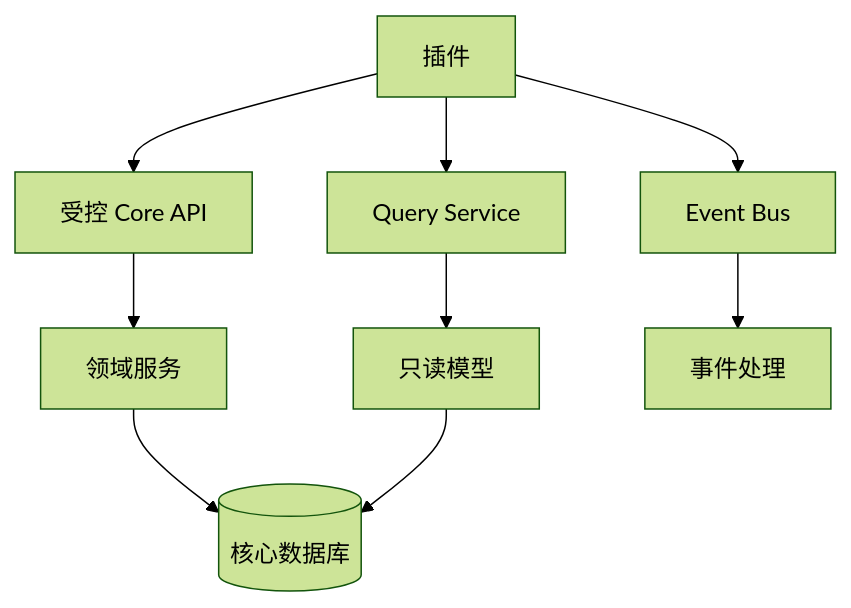
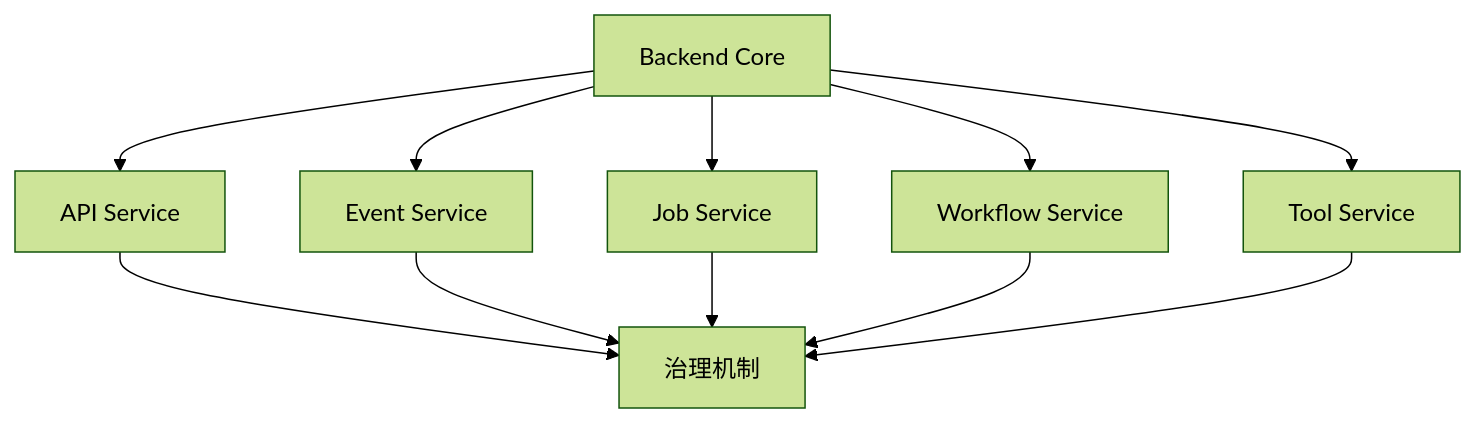
One commit to XiaoYang1127/dev-doc changed the fourth of 5 diagrams in job/mod/backend-plugin-modularization.md. Above: the diagram before and after it, drawn with Mermaid (forest theme). The commit also changed other lines of this file and 5 other files, not shown here.

````diff
--- a/job/mod/backend-plugin-modularization.md
+++ b/job/mod/backend-plugin-modularization.md
@@ -294,13 +178,14 @@
 ```mermaid
 flowchart TB
-    Plugin[插件] --> API[受控 Core API]
-    Plugin --> Query[Query Service]
-    Plugin --> Event[Event Bus]
+    Core[Backend Core] --> API[API Service]
+    Core --> Event[Event Service]
+    Core --> Job[Job Service]
+    Core --> Workflow[Workflow Service]
+    Core --> Tool[Tool Service]
 
-    API --> Domain[领域服务]
-    Query --> ReadModel[只读模型]
-    Event --> Handler[事件处理]
-
-    Domain --> DB[(核心数据库)]
-    ReadModel --> DB
+    API --> Governance[治理机制]
+    Event --> Governance
+    Job --> Governance
+    Workflow --> Governance
+    Tool --> Governance
 ```
````
